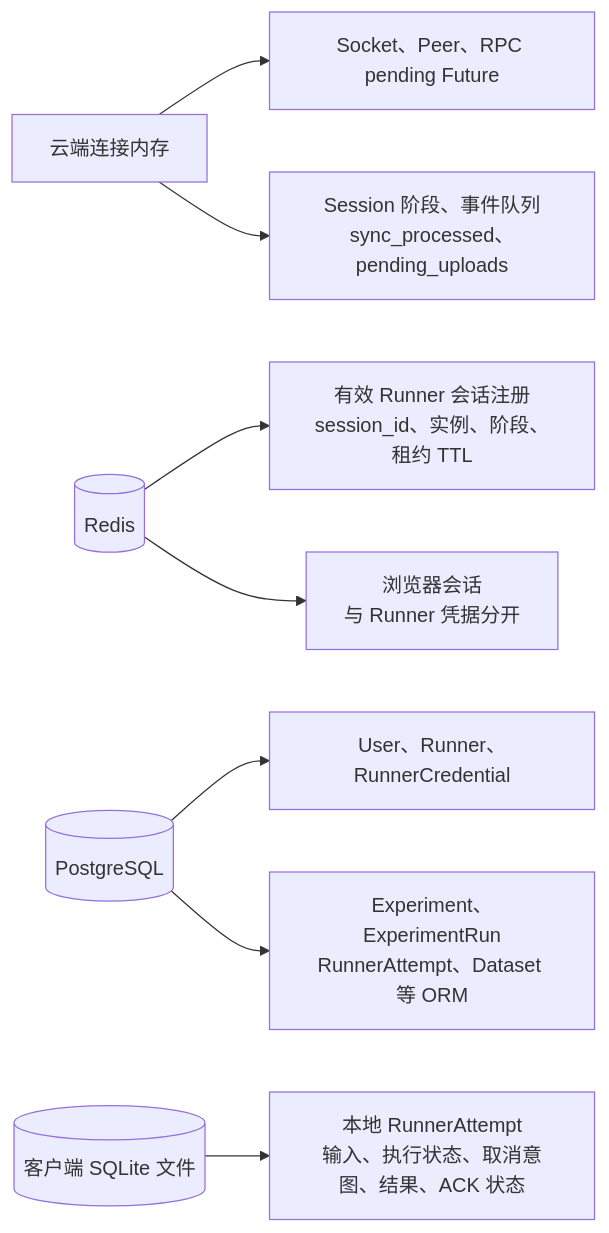
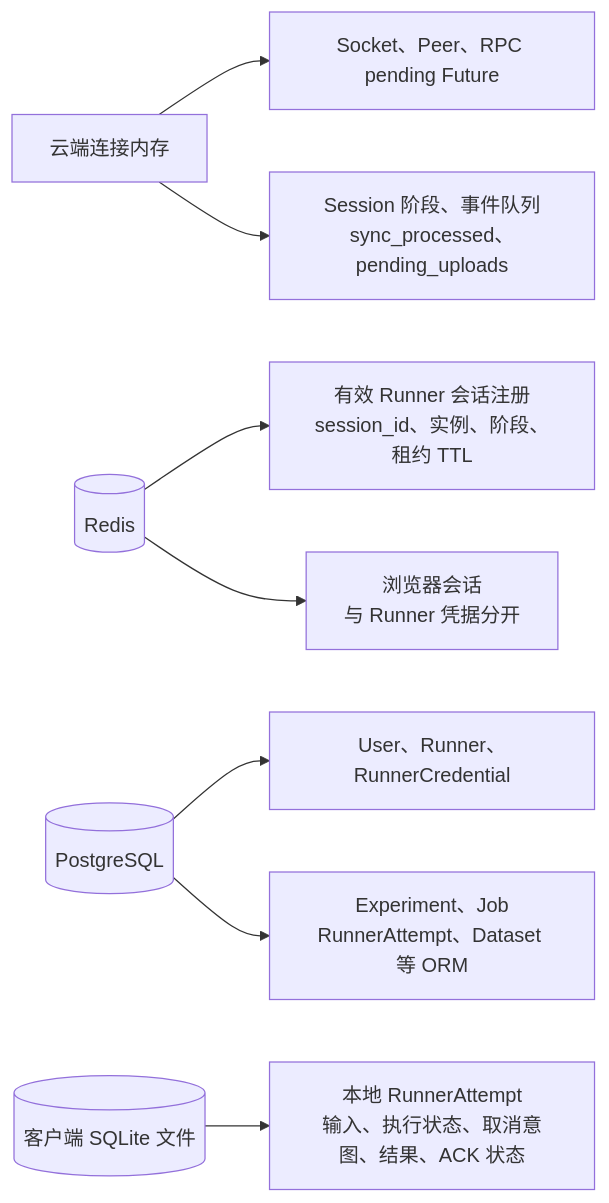
One commit to qinghuan136/EvalForge changed the ninth of 10 diagrams in docs/当前项目架构图解.md. Above: the diagram before and after it, drawn with Mermaid. The commit also changed other lines of this file and 29 other files, not shown here.

````diff
--- a/docs/当前项目架构图解.md
+++ b/docs/当前项目架构图解.md
@@ -257,10 +257,10 @@
 ```mermaid
 flowchart LR
     Memory["云端连接内存"] --> M1["Socket、Peer、RPC pending Future"]
     Memory --> M2["Session 阶段、事件队列<br/>sync_processed、pending_uploads"]
     Redis[("Redis")] --> R1["有效 Runner 会话注册<br/>session_id、实例、阶段、租约 TTL"]
     Redis --> R2["浏览器会话<br/>与 Runner 凭据分开"]
     PG[("PostgreSQL")] --> P1["User、Runner、RunnerCredential"]
-    PG --> P2["Experiment、ExperimentRun<br/>RunnerAttempt、Dataset 等 ORM"]
+    PG --> P2["Experiment、Job<br/>RunnerAttempt、Dataset 等 ORM"]
     SQLite[("客户端 SQLite 文件")] --> L1["本地 RunnerAttempt<br/>输入、执行状态、取消意图、结果、ACK 状态"]
 ```
````
